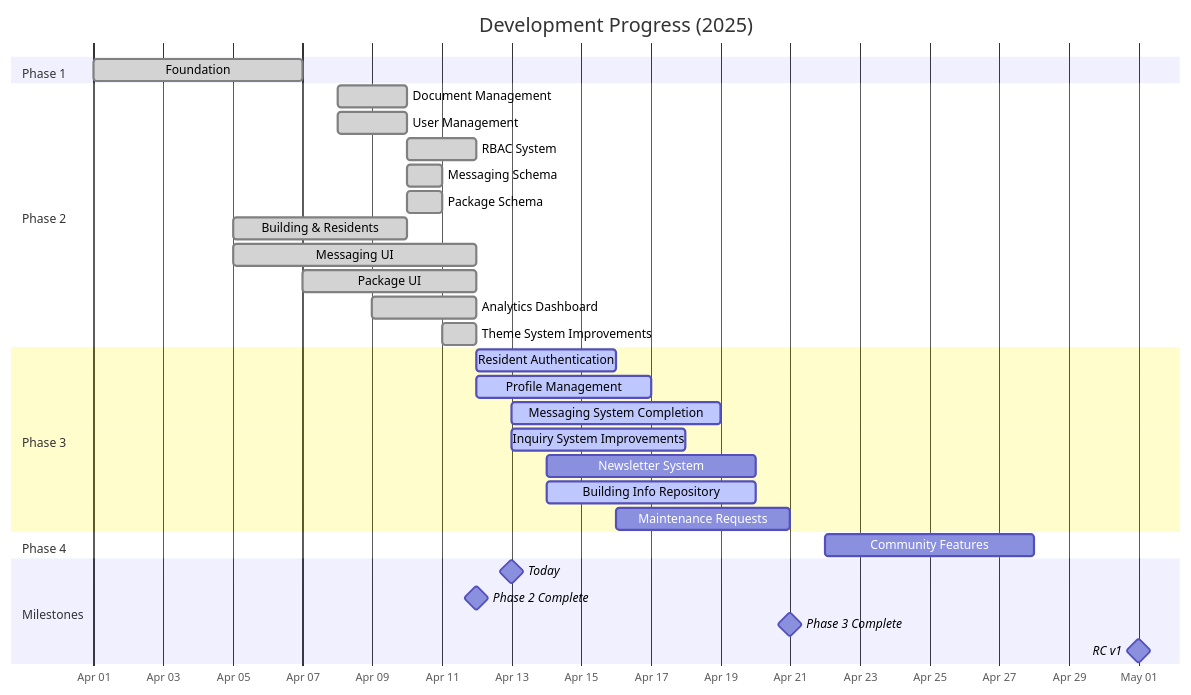
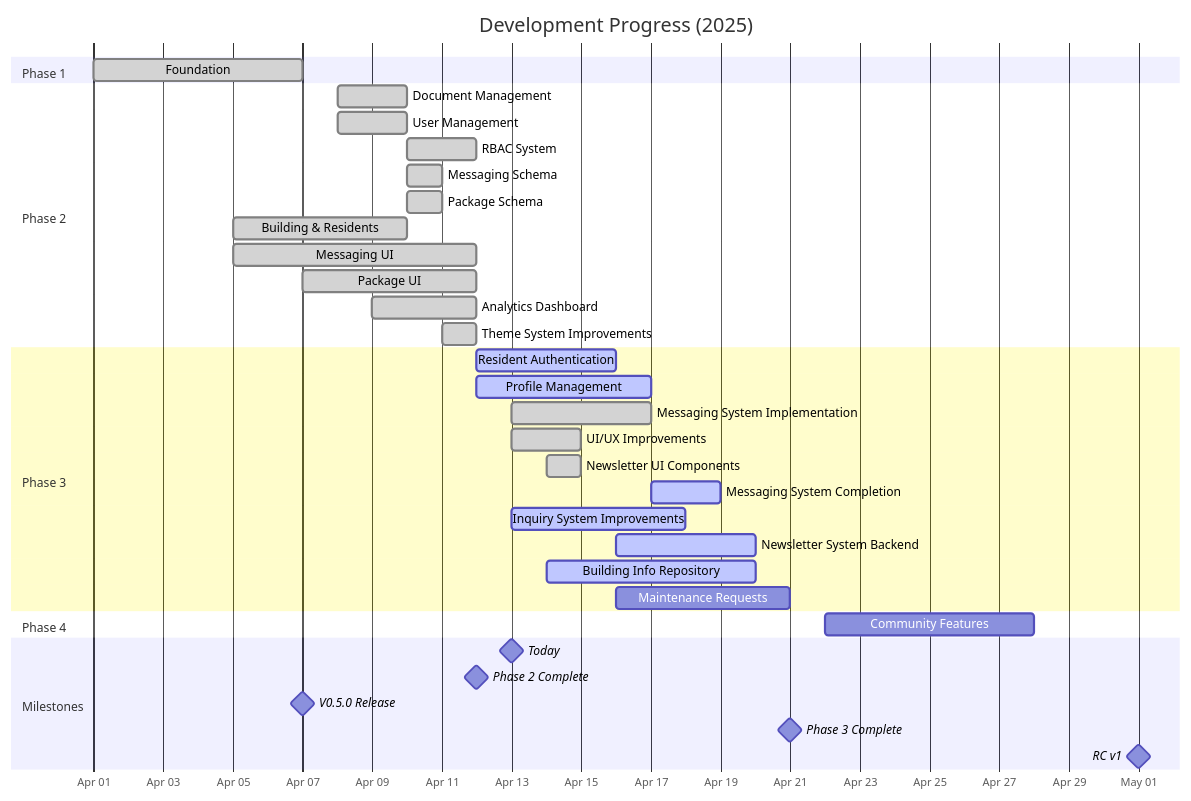
Before and after one commit to mrj0nesmtl/loftsdesarts: the diagram in docs/project-management/STATUS.md, drawn with Mermaid. The commit also changed other lines of this file and 2 other files, not shown here.

Commit message:
Release version 0.5.0 with completed Session 6 work

````diff
--- a/docs/project-management/STATUS.md
+++ b/docs/project-management/STATUS.md
@@ -181,40 +191,44 @@
 ```mermaid
 gantt
     title Development Progress (2025)
     dateFormat YYYY-MM-DD
     axisFormat %b %d
     todayMarker on
     
     section Phase 1
     Foundation                     :done, p1, 2025-04-01, 2025-04-07
     
     section Phase 2
     Document Management            :done, dm, 2025-04-08, 2025-04-10
     User Management                :done, um, 2025-04-08, 2025-04-10
     RBAC System                    :done, rbac, 2025-04-10, 2025-04-12
     Messaging Schema               :done, ms, 2025-04-10, 2025-04-11
     Package Schema                 :done, ps, 2025-04-10, 2025-04-11
     Building & Residents           :done, br, 2025-04-05, 2025-04-10
     Messaging UI                   :done, mui, 2025-04-05, 2025-04-12
     Package UI                     :done, pui, 2025-04-07, 2025-04-12
     Analytics Dashboard            :done, ad, 2025-04-09, 2025-04-12
     Theme System Improvements      :done, tsi, 2025-04-11, 2025-04-12
     
     section Phase 3
     Resident Authentication        :active, ra, 2025-04-12, 2025-04-16
     Profile Management             :active, pm, 2025-04-12, 2025-04-17
-    Messaging System Completion    :active, msc, 2025-04-13, 2025-04-19
+    Messaging System Implementation :done, msi, 2025-04-13, 2025-04-17
+    UI/UX Improvements             :done, uii, 2025-04-13, 2025-04-15
+    Newsletter UI Components       :done, nuc, 2025-04-14, 2025-04-15
+    Messaging System Completion    :active, msc, 2025-04-17, 2025-04-19
     Inquiry System Improvements    :active, isi, 2025-04-13, 2025-04-18
-    Newsletter System              :ns, 2025-04-14, 2025-04-20
+    Newsletter System Backend      :active, ns, 2025-04-16, 2025-04-20
     Building Info Repository       :active, bir, 2025-04-14, 2025-04-20
     Maintenance Requests           :mr, 2025-04-16, 2025-04-21
     
     section Phase 4
     Community Features             :p4, 2025-04-22, 2025-04-28
     
     section Milestones
     Today                          :milestone, today, 2025-04-13, 0d
     Phase 2 Complete               :milestone, m1, 2025-04-12, 0d
+    V0.5.0 Release                 :milestone, m1.5, 2025-04-07, 0d
     Phase 3 Complete               :milestone, m2, 2025-04-21, 0d
     RC v1                          :milestone, m3, 2025-05-01, 0d
 ```
````
